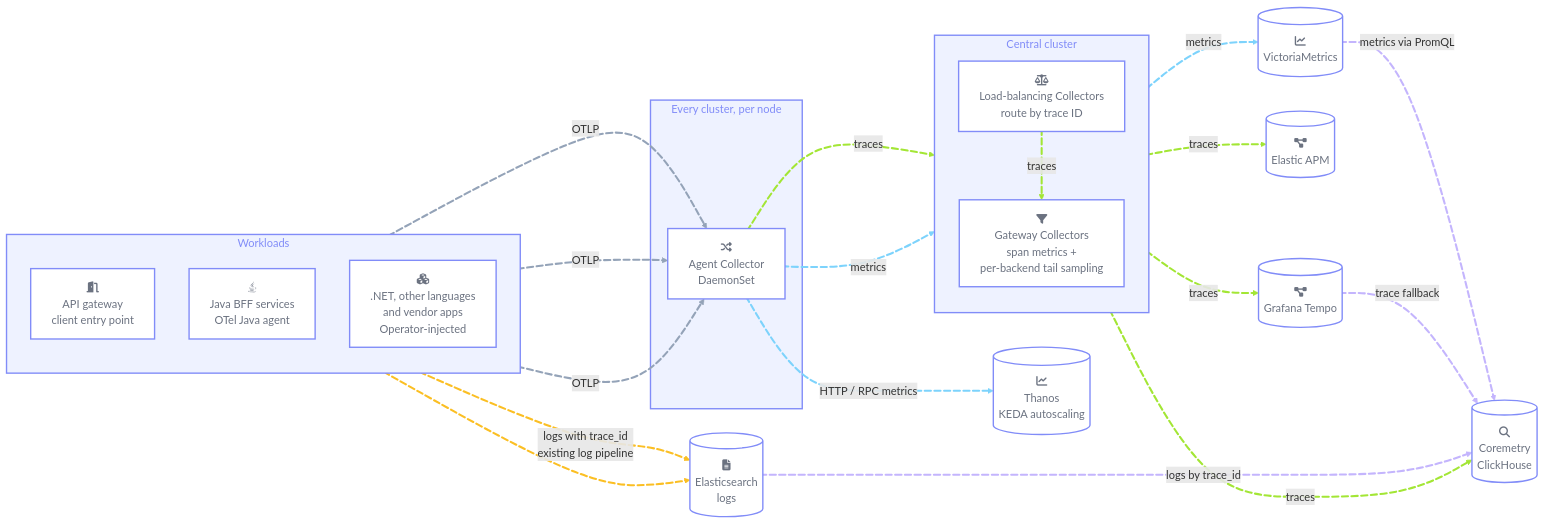
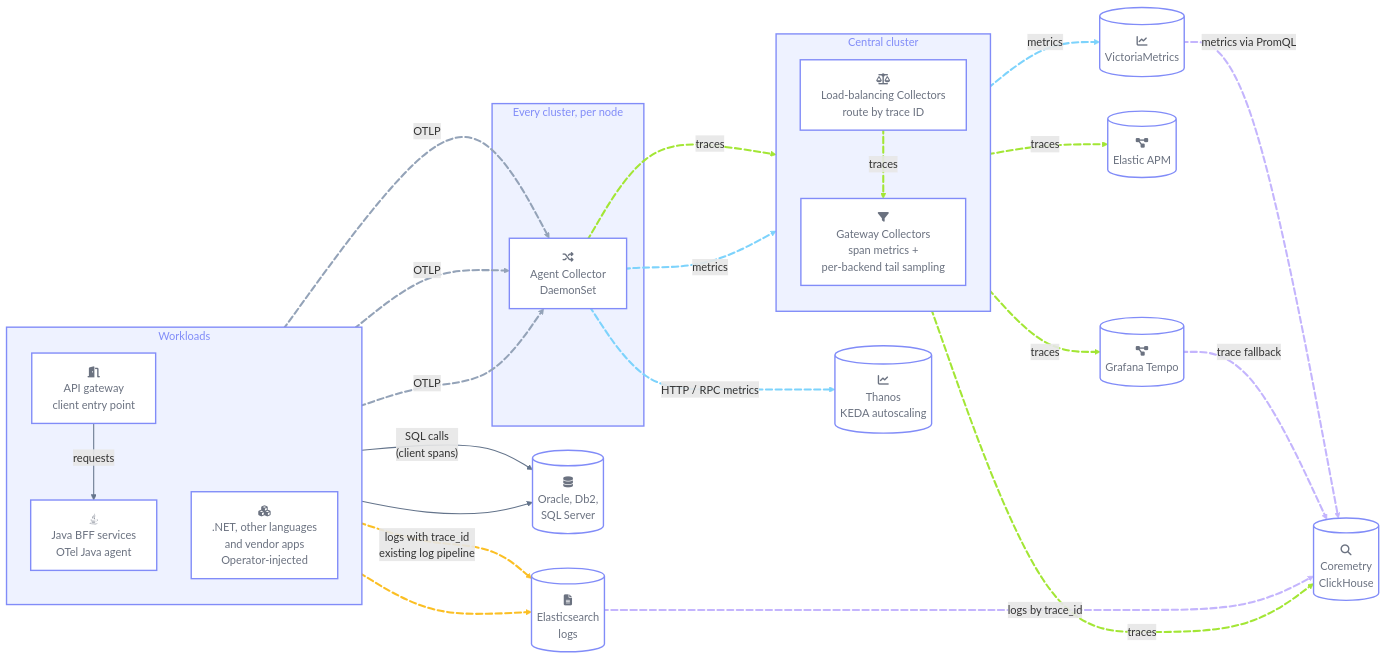
The diagram in content/en/docs/guidance/reference-implementations/akbank/index.md (open-telemetry/opentelemetry.io), drawn with Mermaid before and after one commit. The commit also changed other lines of this file, not shown here.

Commit message:
Akbank reference implementation: databases and request path in the diagram, legend, neutral backend wording, date

````diff
--- a/content/en/docs/guidance/reference-implementations/akbank/index.md
+++ b/content/en/docs/guidance/reference-implementations/akbank/index.md
@@ -167,73 +166,78 @@
 ```mermaid
 ---
 config:
   flowchart:
     curve: basis
 ---
 flowchart LR
   subgraph Workloads["Workloads"]
     direction TB
     GW["fa:fa-door-open<br/>API gateway<br/>client entry point"]:::node
     J["fab:fa-java<br/>Java BFF services<br/>OTel Java agent"]:::node
     N["fa:fa-cubes<br/>.NET, other languages<br/>and vendor apps<br/>Operator-injected"]:::node
   end
   subgraph edge["Every cluster, per node"]
     A["fa:fa-shuffle<br/>Agent Collector<br/>DaemonSet"]:::node
   end
   subgraph central["Central cluster"]
     direction TB
     LB["fa:fa-scale-balanced<br/>Load-balancing Collectors<br/>route by trace ID"]:::node
     G["fa:fa-filter<br/>Gateway Collectors<br/>span metrics +<br/>per-backend tail sampling"]:::node
   end
+  DB[("fa:fa-database<br/>Oracle, Db2,<br/>SQL Server")]:::store
   K[("fa:fa-chart-line<br/>Thanos<br/>KEDA autoscaling")]:::store
   T[("fa:fa-diagram-project<br/>Grafana Tempo")]:::store
   EA[("fa:fa-diagram-project<br/>Elastic APM")]:::store
   C[("fa:fa-magnifying-glass<br/>Coremetry<br/>ClickHouse")]:::store
   M[("fa:fa-chart-line<br/>VictoriaMetrics")]:::store
   E[("fa:fa-file-lines<br/>Elasticsearch<br/>logs")]:::store
 
   J L_J_A@== OTLP ==> A
   N L_N_A@== OTLP ==> A
   A L_A_LB@== traces ==> LB
   LB L_LB_G@== traces ==> G
   A L_A_G@== metrics ==> G
   A L_A_K@== "HTTP / RPC metrics" ==> K
   G L_G_T@== traces ==> T
   G L_G_EA@== traces ==> EA
   G L_G_C@== traces ==> C
   G L_G_M@== metrics ==> M
   M L_M_C@-. "metrics via PromQL" .-> C
   J L_J_E@-. "logs with trace_id<br/>existing log pipeline" .-> E
   N L_N_E@-.-> E
   T L_T_C@-. "trace fallback" .-> C
   E L_E_C@-. "logs by trace_id" .-> C
   GW L_GW_A@== OTLP ==> A
+  GW -- requests --> J
+  J -- "SQL calls<br/>(client spans)" --> DB
+  N --> DB
 
   classDef node fill:#ffffff, stroke:#818cf8, stroke-width:2px, color:#6b7280
   classDef store fill:#ffffff, stroke:#818cf8, stroke-width:2px, color:#6b7280
   style Workloads fill:#eef2ff, stroke:#818cf8, stroke-width:2px, color:#818cf8
   style edge fill:#eef2ff, stroke:#818cf8, stroke-width:2px, color:#818cf8
   style central fill:#eef2ff, stroke:#818cf8, stroke-width:2px, color:#818cf8
   linkStyle 0,1,15 stroke:#94a3b8, fill:none, stroke-width:3px
   linkStyle 2,3,6,7,8 stroke:#a3e635, fill:none, stroke-width:3px
   linkStyle 4,5,9 stroke:#7dd3fc, fill:none, stroke-width:3px
   linkStyle 11,12 stroke:#fbbf24, fill:none, stroke-width:3px
   linkStyle 10,13,14 stroke:#c4b5fd, fill:none, stroke-width:3px
+  linkStyle 16,17,18 stroke:#64748b, fill:none, stroke-width:1.5px
 
   L_J_A@{ animation: fast }
   L_N_A@{ animation: fast }
   L_A_LB@{ animation: fast }
   L_LB_G@{ animation: fast }
   L_A_G@{ animation: fast }
   L_A_K@{ animation: fast }
   L_G_T@{ animation: fast }
   L_G_EA@{ animation: fast }
   L_G_C@{ animation: fast }
   L_G_M@{ animation: fast }
   L_M_C@{ animation: slow }
   L_J_E@{ animation: slow }
   L_N_E@{ animation: slow }
   L_T_C@{ animation: slow }
   L_E_C@{ animation: slow }
   L_GW_A@{ animation: fast }
 ```
````
